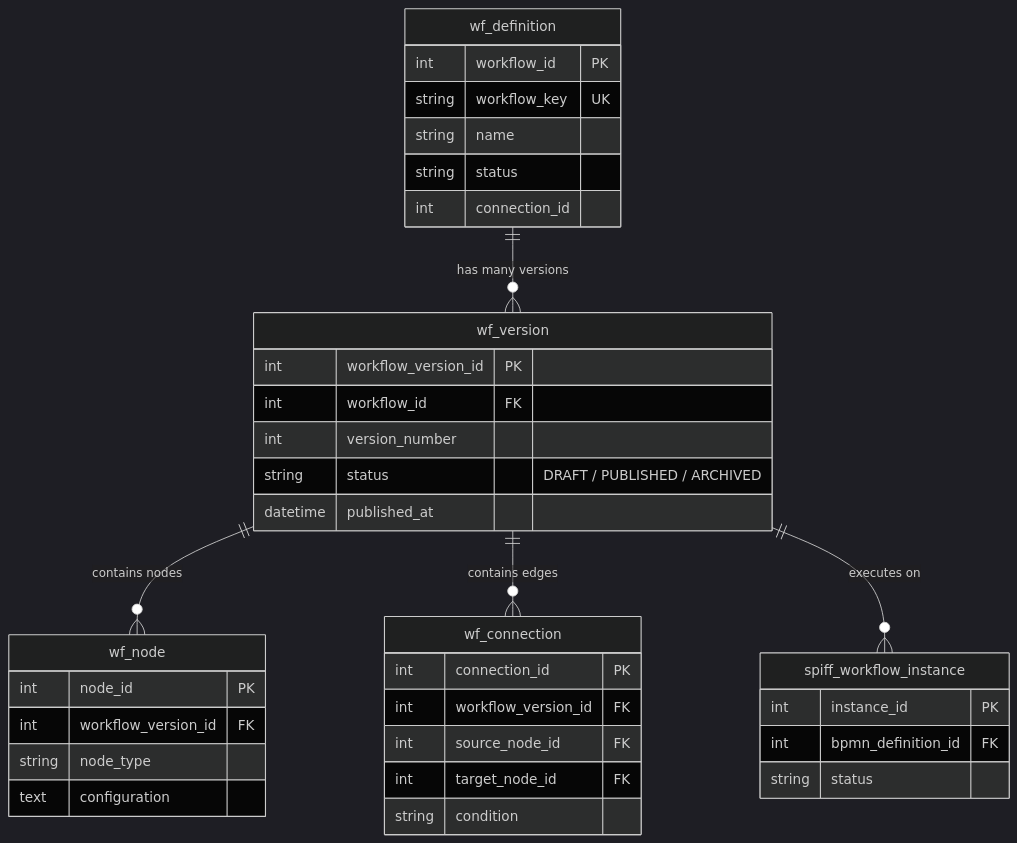
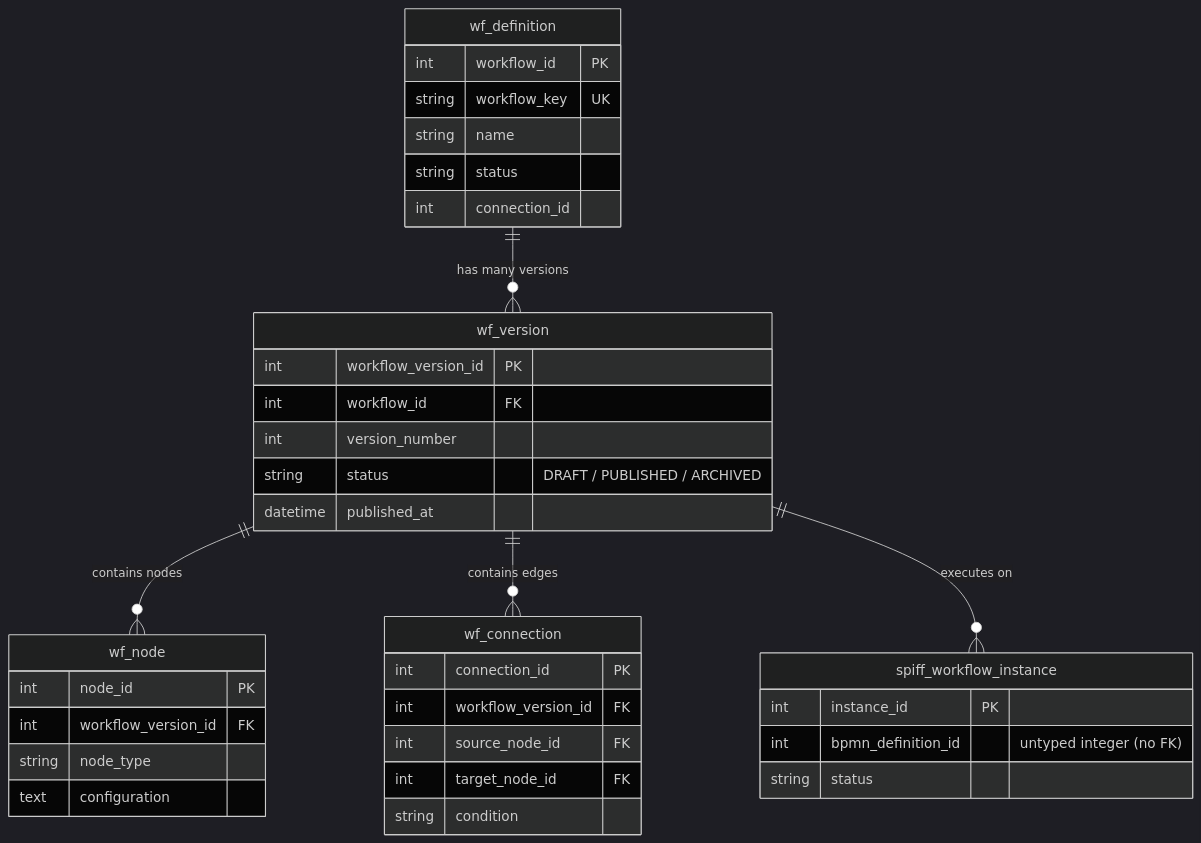
The diagram in docs/03-workflow-engine/workflow-versioning.md (jasminbabariya22-eng/WorkFlow-Automation), drawn with Mermaid (dark theme) before and after one commit. The commit also changed other lines of this file and 15 other files, not shown here.

````diff
--- a/docs/03-workflow-engine/workflow-versioning.md
+++ b/docs/03-workflow-engine/workflow-versioning.md
@@ -7,44 +7,44 @@
 ```mermaid
 erDiagram
     wf_definition ||--o{ wf_version : "has many versions"
     wf_version ||--o{ wf_node : "contains nodes"
     wf_version ||--o{ wf_connection : "contains edges"
     wf_version ||--o{ spiff_workflow_instance : "executes on"
 
     wf_definition {
         int workflow_id PK
         string workflow_key UK
         string name
         string status
         int connection_id
     }
 
     wf_version {
         int workflow_version_id PK
         int workflow_id FK
         int version_number
         string status "DRAFT / PUBLISHED / ARCHIVED"
         datetime published_at
     }
 
     wf_node {
         int node_id PK
         int workflow_version_id FK
         string node_type
         text configuration
     }
 
     wf_connection {
         int connection_id PK
         int workflow_version_id FK
         int source_node_id FK
         int target_node_id FK
         string condition
     }
 
     spiff_workflow_instance {
         int instance_id PK
-        int bpmn_definition_id FK
+        int bpmn_definition_id "untyped integer (no FK)"
         string status
     }
 ```
````
